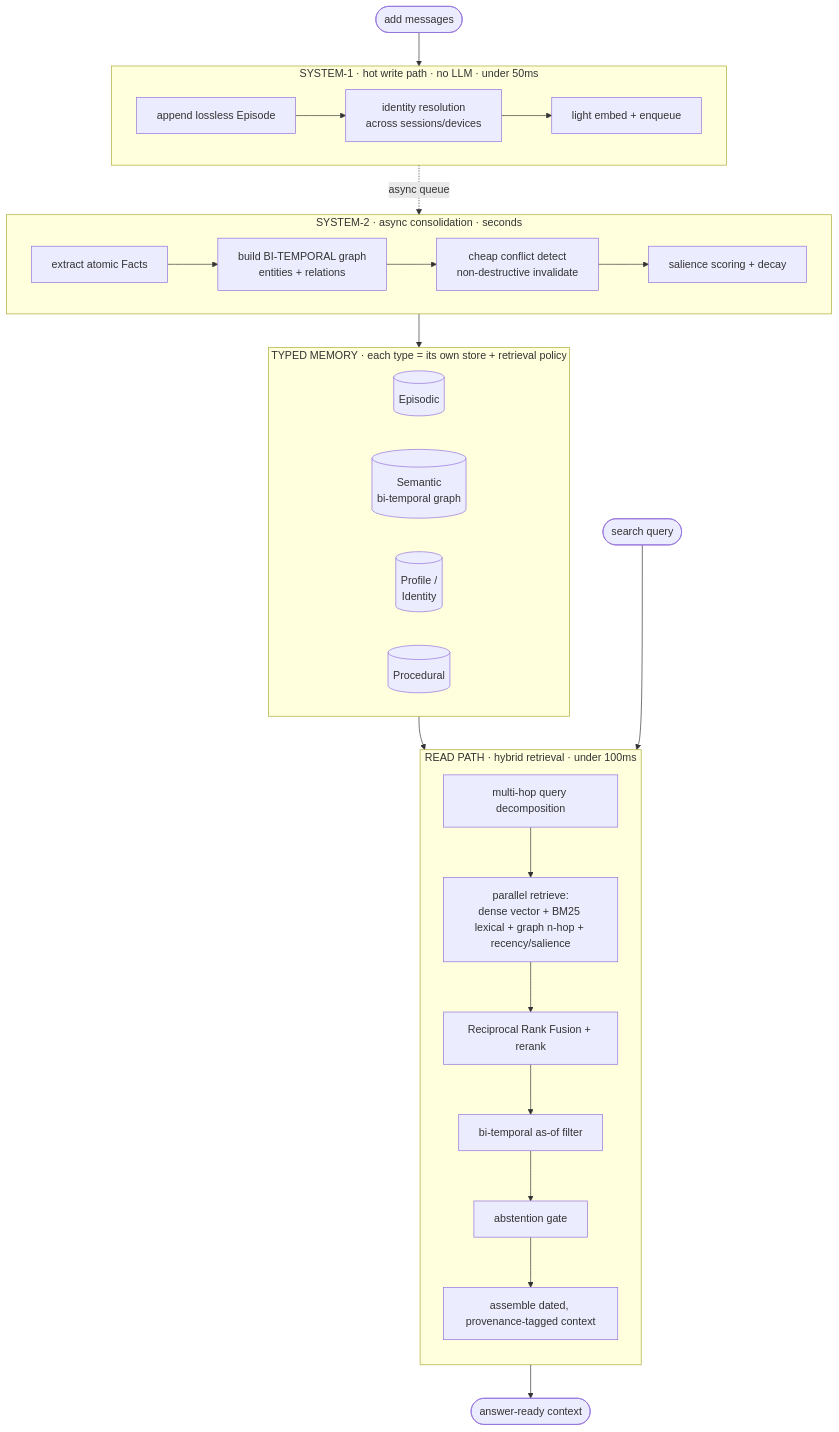
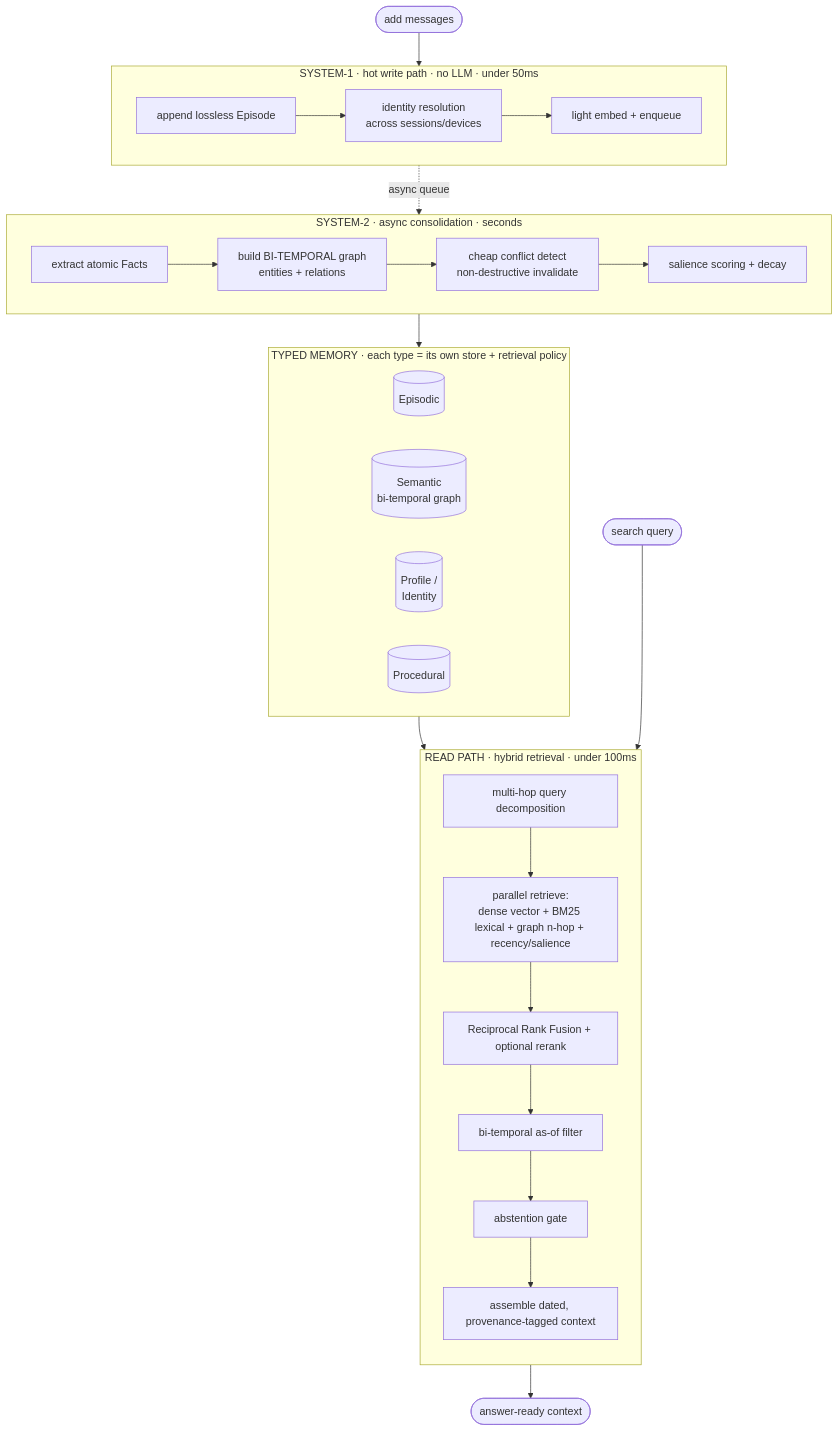
Before and after one commit to ly-wang19/engram: the diagram in README.md, drawn with Mermaid. The commit also changed 4 other files, not shown here.

Commit message:
docs: align design with code — mark cross-encoder rerank optional (off by default), fix §5 module tree (abstention is inline, list real modules)

````diff
--- a/README.md
+++ b/README.md
@@ -169,29 +169,29 @@
 ```mermaid
 flowchart TB
     ADD([add messages]) --> S1
     subgraph S1 [SYSTEM-1 · hot write path · no LLM · under 50ms]
         direction LR
         S1a[append lossless Episode] --> S1b[identity resolution<br/>across sessions/devices] --> S1c[light embed + enqueue]
     end
     S1 -. async queue .-> S2
     subgraph S2 [SYSTEM-2 · async consolidation · seconds]
         direction LR
         S2a[extract atomic Facts] --> S2b[build BI-TEMPORAL graph<br/>entities + relations] --> S2c[cheap conflict detect<br/>non-destructive invalidate] --> S2d[salience scoring + decay]
     end
     S2 --> TM
     subgraph TM [TYPED MEMORY · each type = its own store + retrieval policy]
         direction LR
         TMa[(Episodic)]
         TMb[(Semantic<br/>bi-temporal graph)]
         TMc[(Profile /<br/>Identity)]
         TMd[(Procedural)]
     end
     TM --> R
     Q([search query]) --> R
     subgraph R [READ PATH · hybrid retrieval · under 100ms]
         direction TB
         Ra[multi-hop query decomposition] --> Rb[parallel retrieve:<br/>dense vector + BM25 lexical + graph n-hop + recency/salience]
-        Rb --> Rc[Reciprocal Rank Fusion + rerank] --> Rd[bi-temporal as-of filter] --> Re[abstention gate] --> Rf[assemble dated, provenance-tagged context]
+        Rb --> Rc[Reciprocal Rank Fusion + optional rerank] --> Rd[bi-temporal as-of filter] --> Re[abstention gate] --> Rf[assemble dated, provenance-tagged context]
     end
     Rf --> OUT([answer-ready context])
 ```
````
